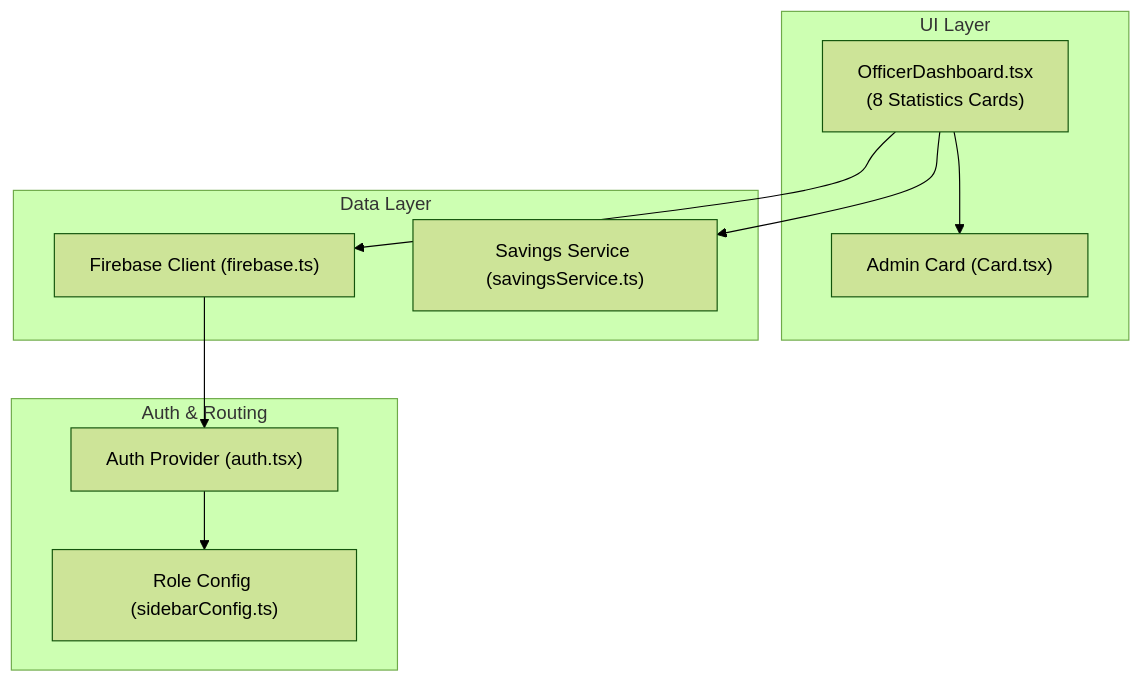
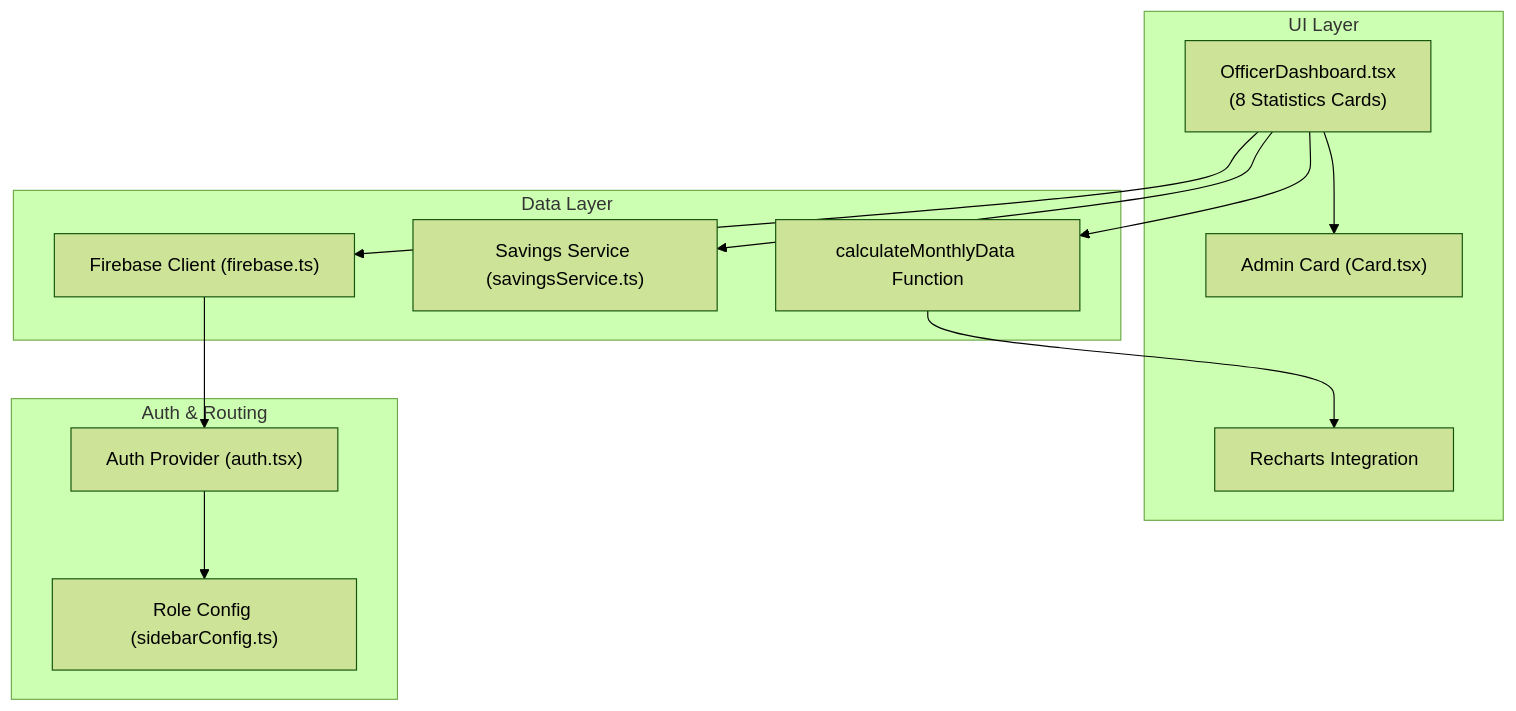
Before and after one commit to Unsure-bry/sampacoop_system: the first of 4 diagrams in .qoder/repowiki/en/content/Dashboard System Architecture/Officer Dashboard Implementation.md, drawn with Mermaid (forest theme). The commit also changed other lines of this file and 9 other files, not shown here.

````diff
--- a/.qoder/repowiki/en/content/Dashboard System Architecture/Officer Dashboard Implementation.md
+++ b/.qoder/repowiki/en/content/Dashboard System Architecture/Officer Dashboard Implementation.md
@@ -43,20 +50,24 @@
 ```mermaid
 graph TB
 subgraph "UI Layer"
 OD["OfficerDashboard.tsx<br/>(8 Statistics Cards)"]
 AC["Admin Card (Card.tsx)"]
+RCH["Recharts Integration"]
 end
 subgraph "Data Layer"
 FB["Firebase Client (firebase.ts)"]
 SS["Savings Service (savingsService.ts)"]
+CALC["calculateMonthlyData Function"]
 end
 subgraph "Auth & Routing"
 AUTH["Auth Provider (auth.tsx)"]
 SIDEBAR["Role Config (sidebarConfig.ts)"]
 end
 OD --> AC
 OD --> FB
 OD --> SS
+OD --> CALC
 FB --> AUTH
 AUTH --> SIDEBAR
+CALC --> RCH
 ```
````
